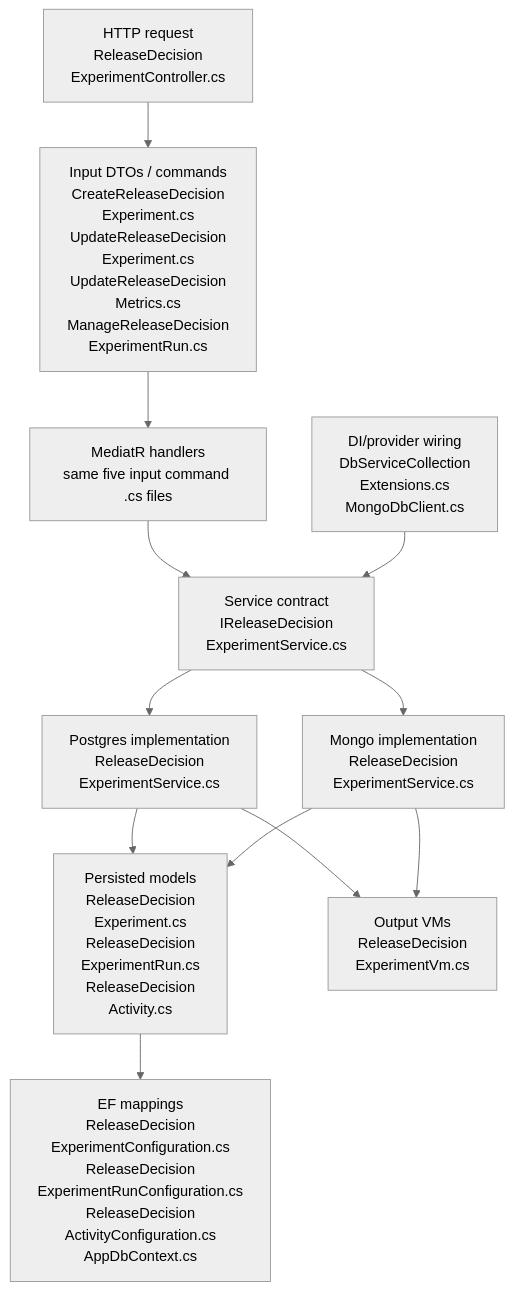
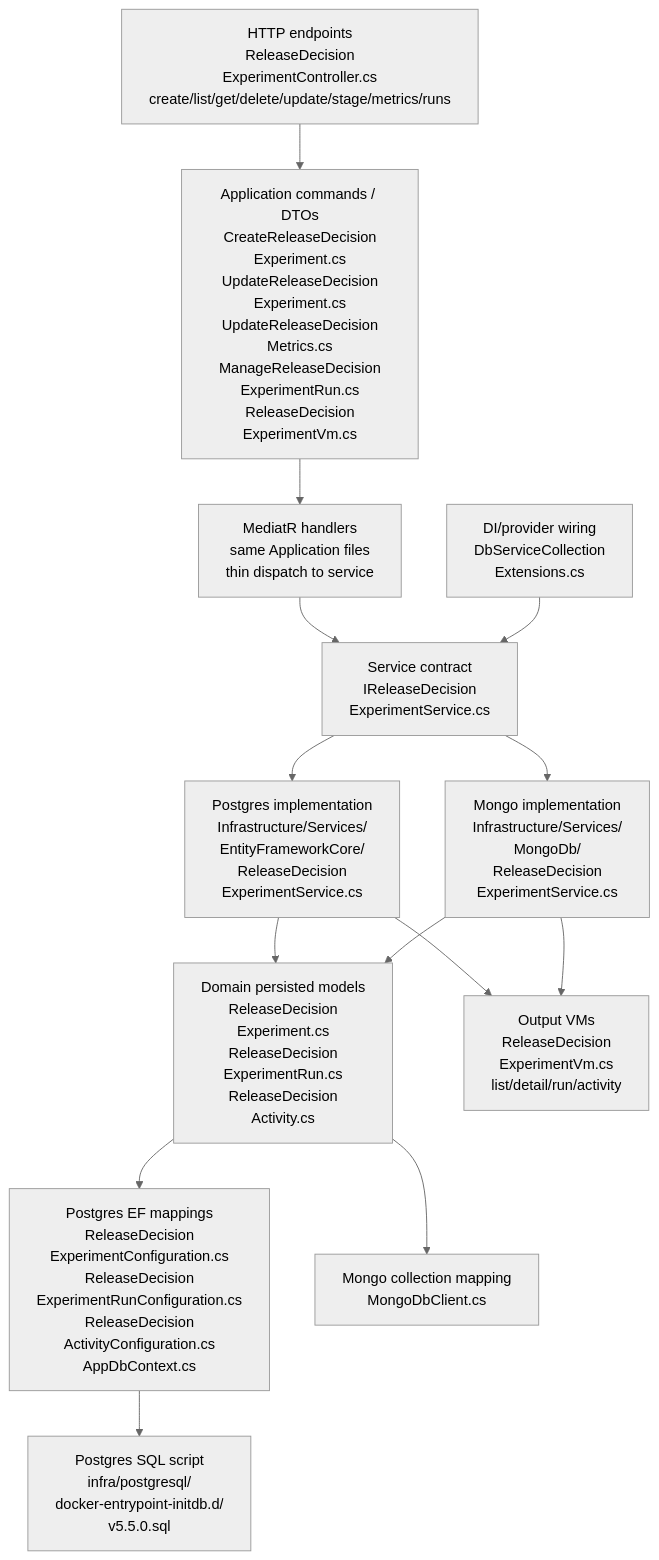
One commit to featbit/featbit changed the first of 5 diagrams in v5.5.0-pr-review.md. Above: the diagram before and after it, drawn with Mermaid (neutral theme). The commit also changed other lines of this file, not shown here.

Commit message:
refactor: update v5.5.0 PR review documentation to reflect changes in experiment CRUD flow and remove legacy conversation storage references

````diff
--- a/v5.5.0-pr-review.md
+++ b/v5.5.0-pr-review.md
@@ -23,22 +23,24 @@
 ```mermaid
 flowchart TD
-    A["HTTP request<br/>ReleaseDecision<br/>ExperimentController.cs"]
-    B["Input DTOs / commands<br/>CreateReleaseDecision<br/>Experiment.cs<br/>UpdateReleaseDecision<br/>Experiment.cs<br/>UpdateReleaseDecision<br/>Metrics.cs<br/>ManageReleaseDecision<br/>ExperimentRun.cs"]
-    C["MediatR handlers<br/>same five input command .cs files"]
+    A["HTTP endpoints<br/>ReleaseDecision<br/>ExperimentController.cs<br/>create/list/get/delete/update/stage/metrics/runs"]
+    B["Application commands / DTOs<br/>CreateReleaseDecision<br/>Experiment.cs<br/>UpdateReleaseDecision<br/>Experiment.cs<br/>UpdateReleaseDecision<br/>Metrics.cs<br/>ManageReleaseDecision<br/>ExperimentRun.cs<br/>ReleaseDecision<br/>ExperimentVm.cs"]
+    C["MediatR handlers<br/>same Application files<br/>thin dispatch to service"]
     D["Service contract<br/>IReleaseDecision<br/>ExperimentService.cs"]
-    E["Postgres implementation<br/>ReleaseDecision<br/>ExperimentService.cs"]
-    F["Mongo implementation<br/>ReleaseDecision<br/>ExperimentService.cs"]
-    G["Persisted models<br/>ReleaseDecision<br/>Experiment.cs<br/>ReleaseDecision<br/>ExperimentRun.cs<br/>ReleaseDecision<br/>Activity.cs"]
-    H["EF mappings<br/>ReleaseDecision<br/>ExperimentConfiguration.cs<br/>ReleaseDecision<br/>ExperimentRunConfiguration.cs<br/>ReleaseDecision<br/>ActivityConfiguration.cs<br/>AppDbContext.cs"]
-    I["Output VMs<br/>ReleaseDecision<br/>ExperimentVm.cs"]
-    J["DI/provider wiring<br/>DbServiceCollection<br/>Extensions.cs<br/>MongoDbClient.cs"]
+    E["Postgres implementation<br/>Infrastructure/Services/<br/>EntityFrameworkCore/<br/>ReleaseDecision<br/>ExperimentService.cs"]
+    F["Mongo implementation<br/>Infrastructure/Services/<br/>MongoDb/<br/>ReleaseDecision<br/>ExperimentService.cs"]
+    G["Domain persisted models<br/>ReleaseDecision<br/>Experiment.cs<br/>ReleaseDecision<br/>ExperimentRun.cs<br/>ReleaseDecision<br/>Activity.cs"]
+    H["Postgres EF mappings<br/>ReleaseDecision<br/>ExperimentConfiguration.cs<br/>ReleaseDecision<br/>ExperimentRunConfiguration.cs<br/>ReleaseDecision<br/>ActivityConfiguration.cs<br/>AppDbContext.cs"]
+    I["Postgres SQL script<br/>infra/postgresql/<br/>docker-entrypoint-initdb.d/<br/>v5.5.0.sql"]
+    J["Mongo collection mapping<br/>MongoDbClient.cs"]
+    K["Output VMs<br/>ReleaseDecision<br/>ExperimentVm.cs<br/>list/detail/run/activity"]
+    L["DI/provider wiring<br/>DbServiceCollection<br/>Extensions.cs"]
 
     A --> B --> C --> D
+    L --> D
     D --> E
     D --> F
-    E --> G --> H
-    F --> G
-    E --> I
-    F --> I
-    J --> D
+    E --> G --> H --> I
+    F --> G --> J
+    E --> K
+    F --> K
 ```
````
